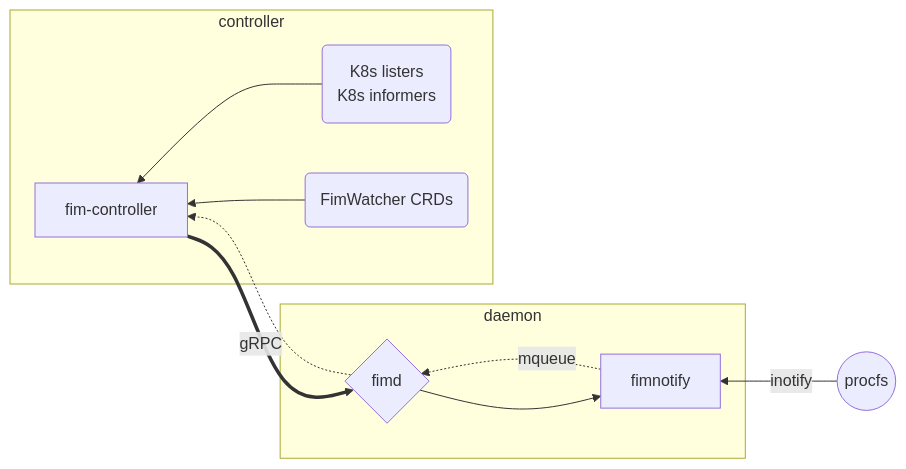
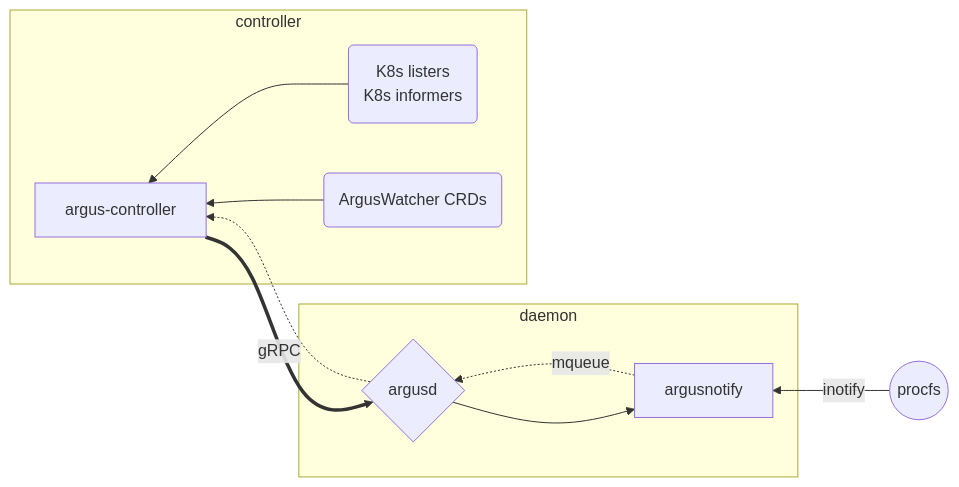
One commit to clustergarage/argus changed the first of 2 diagrams in jekyll/_docs/overview.md. Above: the diagram before and after it, drawn with Mermaid. The commit also changed other lines of this file and 43 other files, not shown here.

First line of the commit message:
rename fim to argus

```diff
--- a/jekyll/_docs/overview.md
+++ b/jekyll/_docs/overview.md
@@ -30,14 +30,14 @@
 {% mermaid %}
 graph RL
-    A((procfs)) -->|inotify| B[fimnotify]
+    A((procfs)) -->|inotify| B[argusnotify]
     subgraph daemon
-    C{fimd} --> B
+    C{argusd} --> B
     B .->|mqueue| C
     end
-    D[fim-controller] ==>|gRPC| C
+    D[argus-controller] ==>|gRPC| C
     C .-> D
     subgraph controller
     E(K8s listers<br />K8s informers) --> D
-    F(FimWatcher CRDs) --> D
+    F(ArgusWatcher CRDs) --> D
     end
 {% endmermaid %}
```
